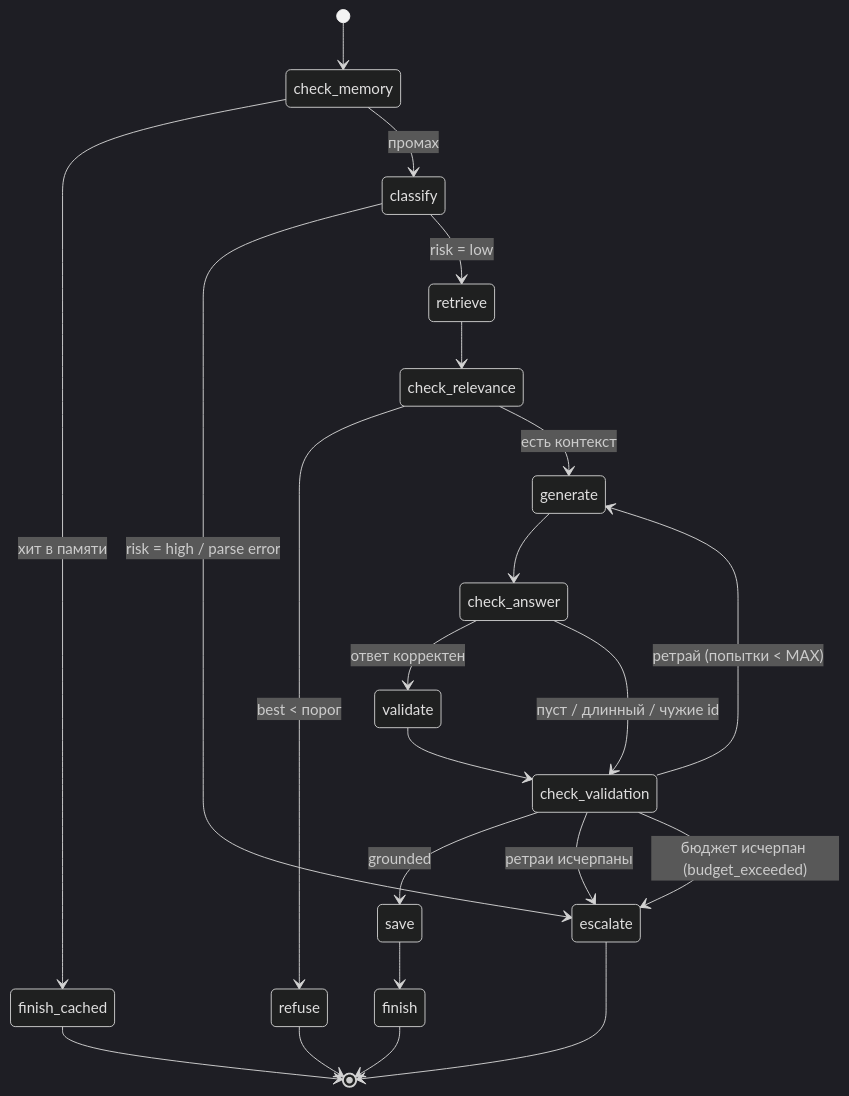
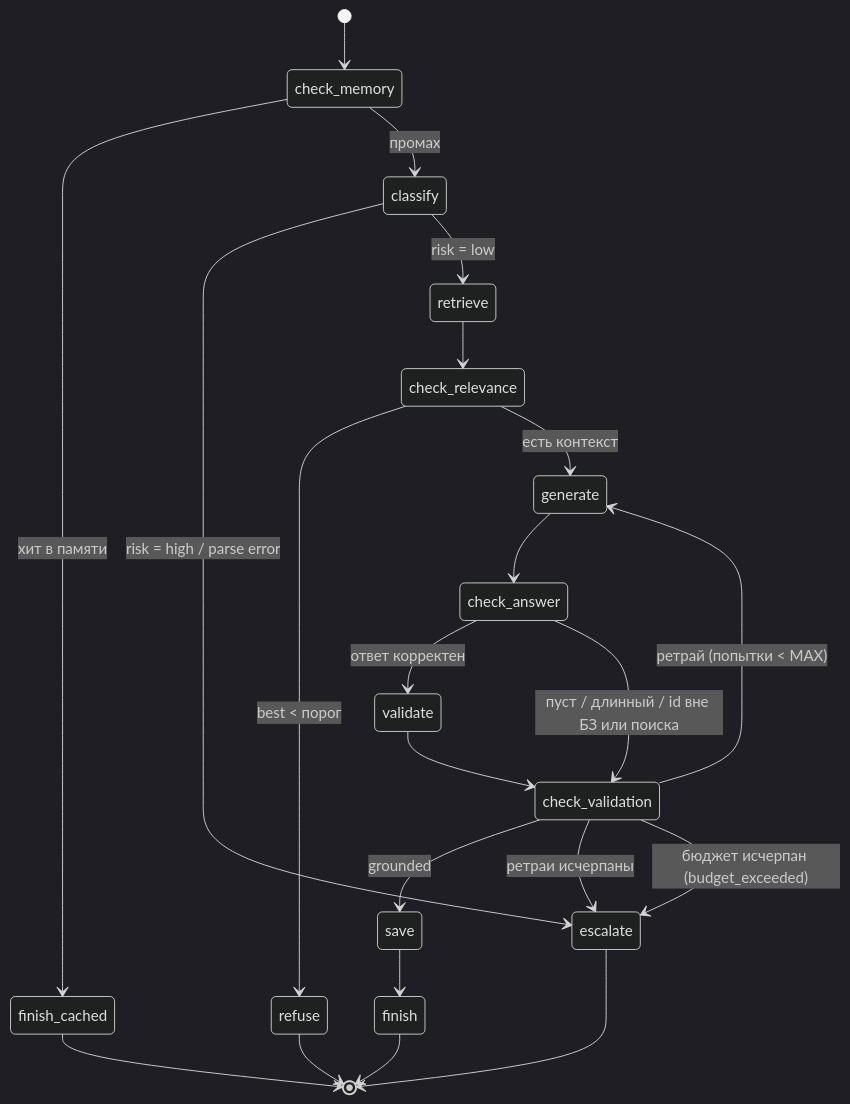
One commit to Sasha2600/DZ_6 changed the diagram in README.md. Above: the diagram before and after it, drawn with Mermaid (dark theme). The commit also changed other lines of this file and 2 other files, not shown here.

````diff
--- a/README.md
+++ b/README.md
@@ -33,24 +38,24 @@
 ```mermaid
 stateDiagram-v2
     [*] --> check_memory
     check_memory --> finish_cached : хит в памяти
     check_memory --> classify : промах
     classify --> escalate : risk = high / parse error
     classify --> retrieve : risk = low
     retrieve --> check_relevance
     check_relevance --> refuse : best < порог
     check_relevance --> generate : есть контекст
     generate --> check_answer
     check_answer --> validate : ответ корректен
-    check_answer --> check_validation : пуст / длинный / чужие id
+    check_answer --> check_validation : пуст / длинный / id вне БЗ или поиска
     validate --> check_validation
     check_validation --> save : grounded
     check_validation --> generate : ретрай (попытки < MAX)
     check_validation --> escalate : ретраи исчерпаны
     check_validation --> escalate : бюджет исчерпан (budget_exceeded)
     save --> finish
     finish --> [*]
     refuse --> [*]
     escalate --> [*]
     finish_cached --> [*]
 ```
````
